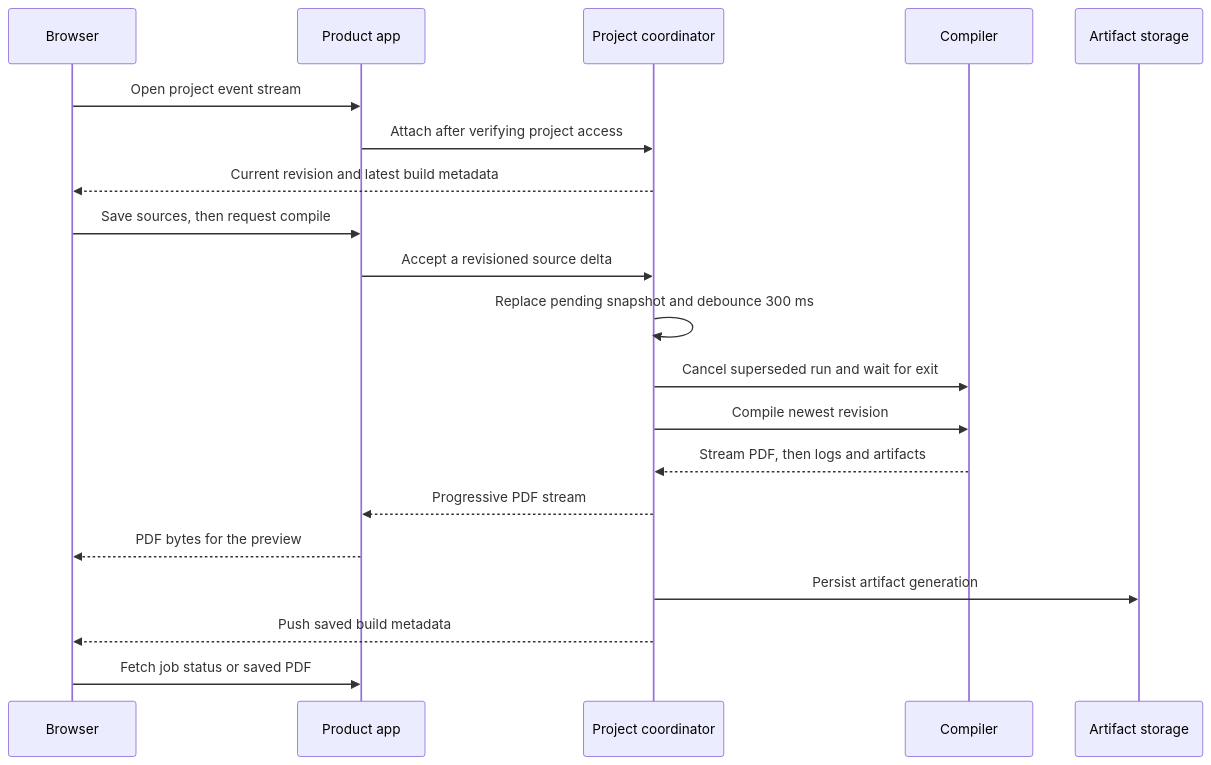
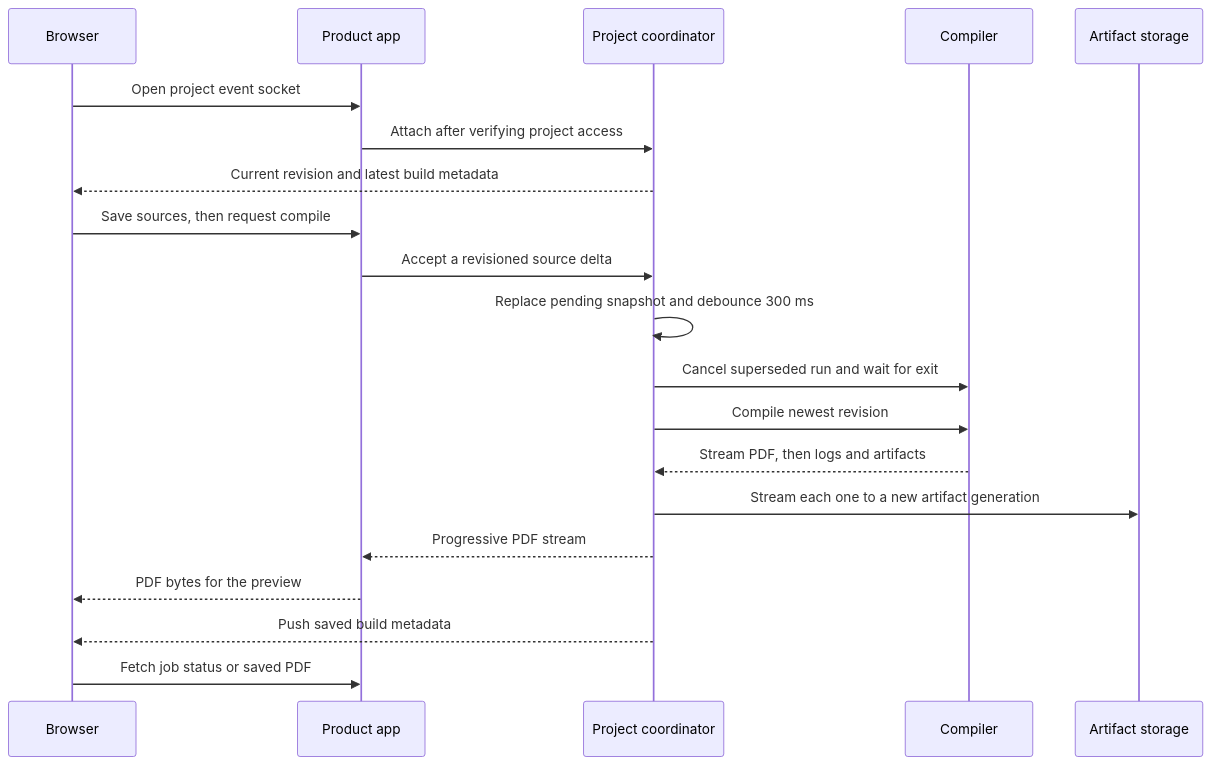
One commit to texfolia/texfolia changed the second of 2 diagrams in README.md. Above: the diagram before and after it, drawn with Mermaid. The commit also changed 84 other files, not shown here.

````diff
--- a/README.md
+++ b/README.md
@@ -77,23 +77,23 @@
 ```mermaid
 sequenceDiagram
     participant B as Browser
     participant W as Product app
     participant P as Project coordinator
     participant T as Compiler
     participant R as Artifact storage
 
-    B->>W: Open project event stream
+    B->>W: Open project event socket
     W->>P: Attach after verifying project access
     P-->>B: Current revision and latest build metadata
     B->>W: Save sources, then request compile
     W->>P: Accept a revisioned source delta
     P->>P: Replace pending snapshot and debounce 300 ms
     P->>T: Cancel superseded run and wait for exit
     P->>T: Compile newest revision
     T-->>P: Stream PDF, then logs and artifacts
+    P->>R: Stream each one to a new artifact generation
     P-->>W: Progressive PDF stream
     W-->>B: PDF bytes for the preview
-    P->>R: Persist artifact generation
     P-->>B: Push saved build metadata
     B->>W: Fetch job status or saved PDF
 ```
````
